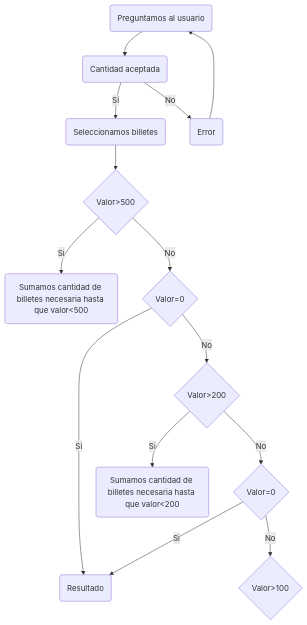
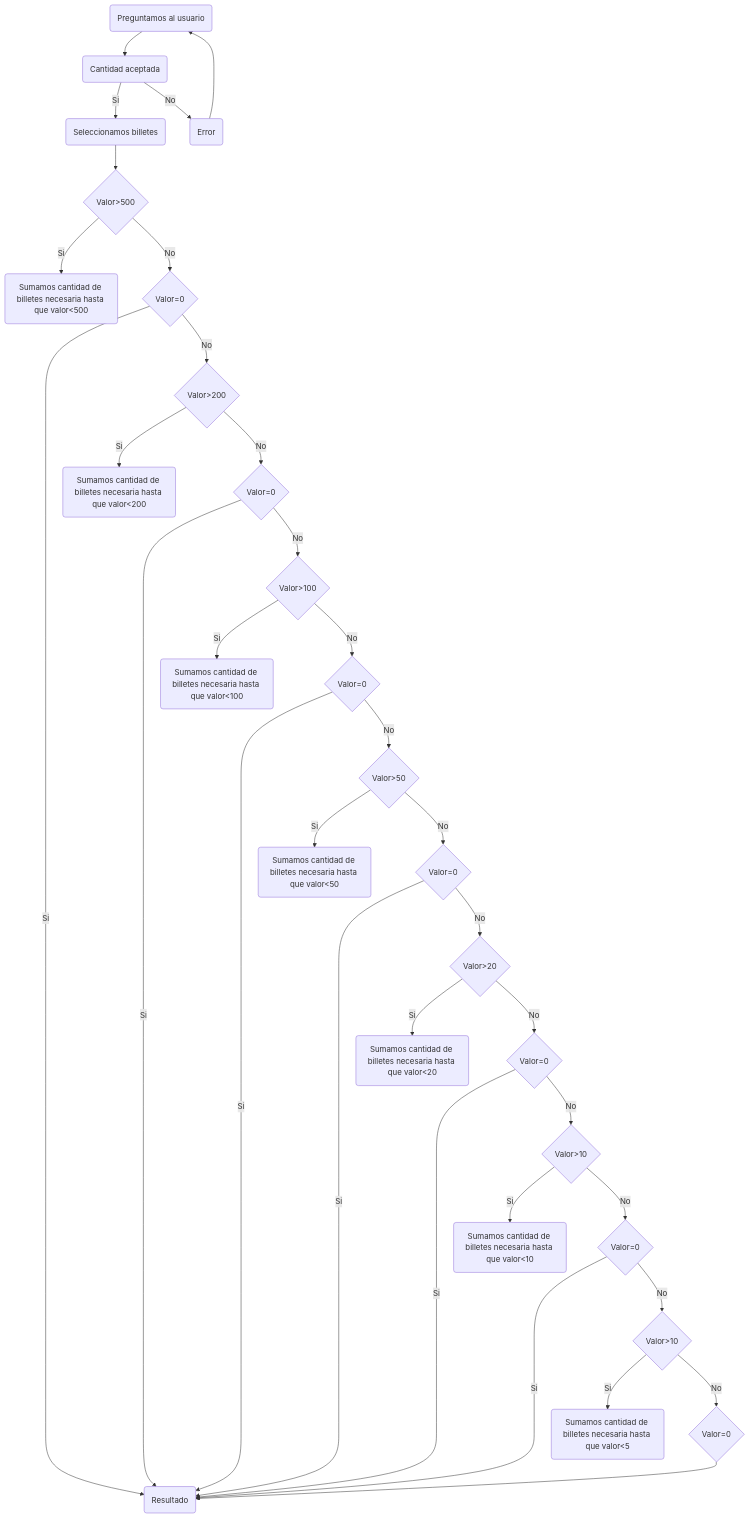
The first of 2 diagrams in README.md (PachecoASIR/Diagramas), drawn with Mermaid before and after one commit.

````diff
--- a/README.md
+++ b/README.md
@@ -9,16 +9,35 @@
 ```mermaid
 graph TD
     A(Preguntamos al usuario) -->B(Cantidad aceptada)
     B -->|Si| C(Seleccionamos billetes)
     B -->|No| D(Error)
     D --> A
     C --> E{Valor>500}
     E -->|Si| F(Sumamos cantidad de billetes necesaria hasta que valor<500)
     E -->|No| G{Valor=0}
     G -->|Si| Z(Resultado)
     G -->|No| H{Valor>200}
     H -->|Si| I(Sumamos cantidad de billetes necesaria hasta que valor<200)
     H -->|No| J{Valor=0}
     J -->|Si| Z(Resultado)
     J -->|No| K{Valor>100}
+    K -->|Si| L(Sumamos cantidad de billetes necesaria hasta que valor<100)
+    K -->|No| M{Valor=0}
+    M -->|Si| Z(Resultado)
+    M -->|No| N{Valor>50}
+    N -->|Si| Ñ(Sumamos cantidad de billetes necesaria hasta que valor<50)
+    N -->|No| O{Valor=0}
+    O -->|Si| Z(Resultado)
+    O -->|No| P{Valor>20}
+    P -->|Si| Q(Sumamos cantidad de billetes necesaria hasta que valor<20)
+    P -->|No| R{Valor=0}
+    R -->|Si| Z(Resultado)
+    R -->|No| S{Valor>10}
+    S -->|Si| T(Sumamos cantidad de billetes necesaria hasta que valor<10)
+    S -->|No| U{Valor=0}
+    U -->|Si| Z(Resultado)
+    U -->|No| V{Valor>10}
+    V -->|Si| W(Sumamos cantidad de billetes necesaria hasta que valor<5)
+    V -->|No| X{Valor=0}
+    X --> Z(Resultado)
 ```
````
